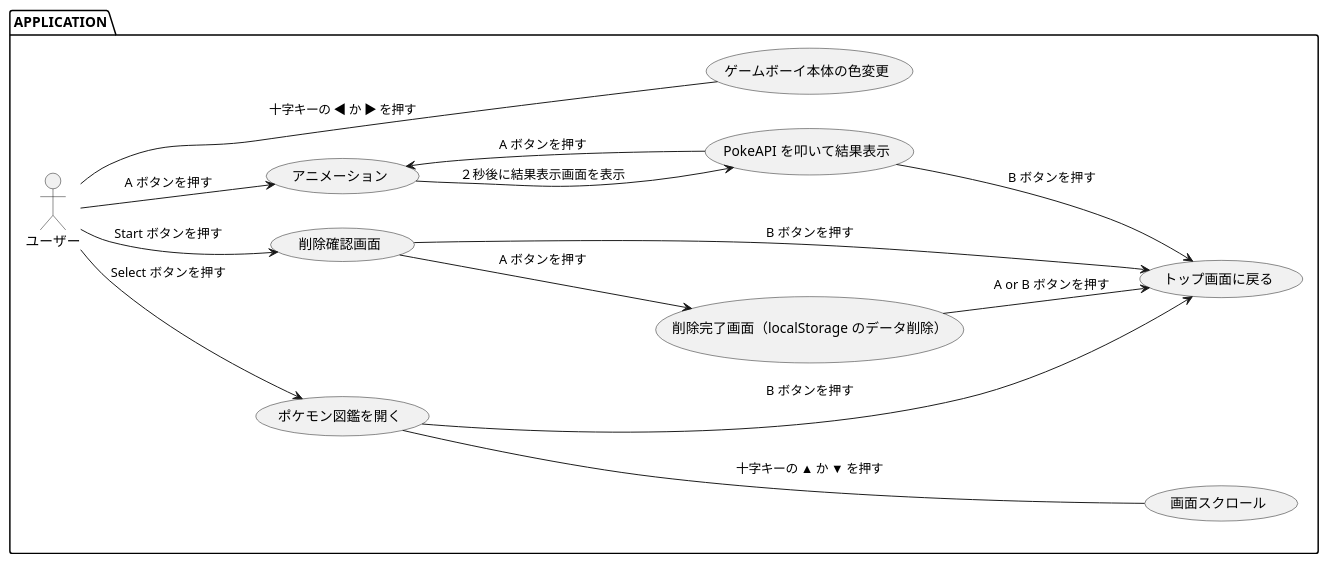
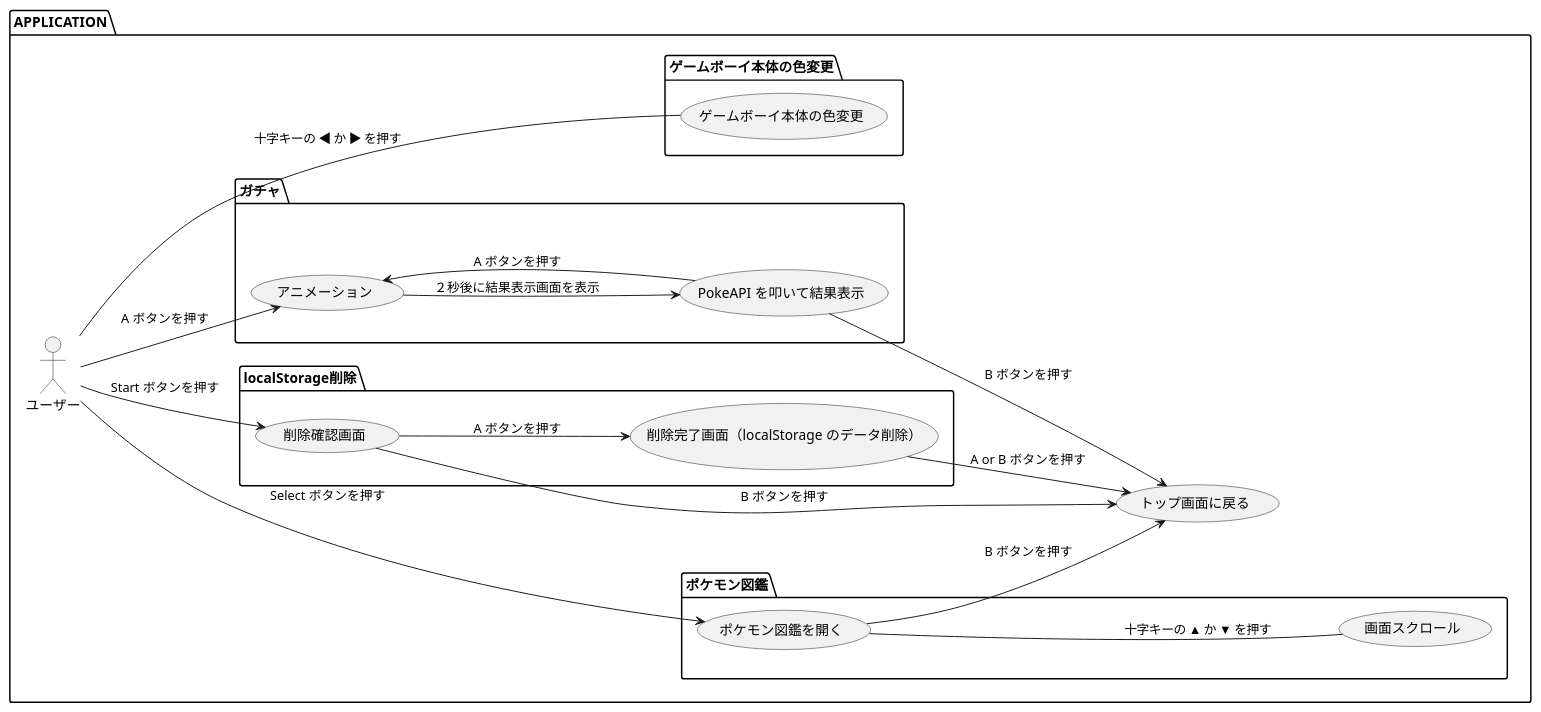
The diagram in README.md (mitochon9/poke-gacha-ver.2.0), drawn with PlantUML before and after one commit. The commit also changed other lines of this file and 1 other file, not shown here.

Commit message:
fix: README のユースケース図修正

````diff
--- a/README.md
+++ b/README.md
@@ -47,35 +49,43 @@
 ```plantuml
 @startuml useCase
 left to right direction
 
 package APPLICATION {
 actor ユーザー as user
 
   usecase "トップ画面に戻る" as backToTop
-  usecase "アニメーション" as animation
-  usecase "PokeAPI を叩いて結果表示" as result
-  usecase "ポケモン図鑑を開く" as pokedex
-  usecase "削除確認画面" as confirm
-  usecase "削除完了画面（localStorage のデータ削除）" as delete
-  usecase "画面スクロール" as scroll
-  usecase "ゲームボーイ本体の色変更" as changeColor
 
-  user --> animation: A ボタンを押す
-  animation --> result: ２秒後に結果表示画面を表示
-  result --> animation: A ボタンを押す
-  result --> backToTop: B ボタンを押す
+  package ガチャ {
+    usecase "アニメーション" as animation
+    usecase "PokeAPI を叩いて結果表示" as result
+    user --> animation: A ボタンを押す
+    animation --> result: ２秒後に結果表示画面を表示
+    result --> animation: A ボタンを押す
+    result --> backToTop: B ボタンを押す
+  }
 
-  user --> pokedex: Select ボタンを押す
-  pokedex --- scroll : 十字キーの ▲ か ▼ を押す
-  pokedex --> backToTop: B ボタンを押す
+  package ポケモン図鑑 {
+    usecase "ポケモン図鑑を開く" as pokedex
+    usecase "画面スクロール" as scroll
+    user --> pokedex: Select ボタンを押す
+    pokedex --- scroll : 十字キーの ▲ か ▼ を押す
+    pokedex --> backToTop: B ボタンを押す
+  }
 
-  user --> confirm: Start ボタンを押す
-  confirm --> delete: A ボタンを押す
-  confirm --> backToTop: B ボタンを押す
-  delete --> backToTop: A or B ボタンを押す
+  package localStorage削除 {
+    usecase "削除確認画面" as confirm
+    usecase "削除完了画面（localStorage のデータ削除）" as delete
+    user --> confirm: Start ボタンを押す
+    confirm --> delete: A ボタンを押す
+    confirm --> backToTop: B ボタンを押す
+    delete --> backToTop: A or B ボタンを押す
+  }
 
-  user --- changeColor: 十字キーの ◀ か ▶ を押す
+  package ゲームボーイ本体の色変更 {
+    usecase "ゲームボーイ本体の色変更" as changeColor
+    user --- changeColor: 十字キーの ◀ か ▶ を押す
+  }
 
 }
 @enduml
 ```
````
